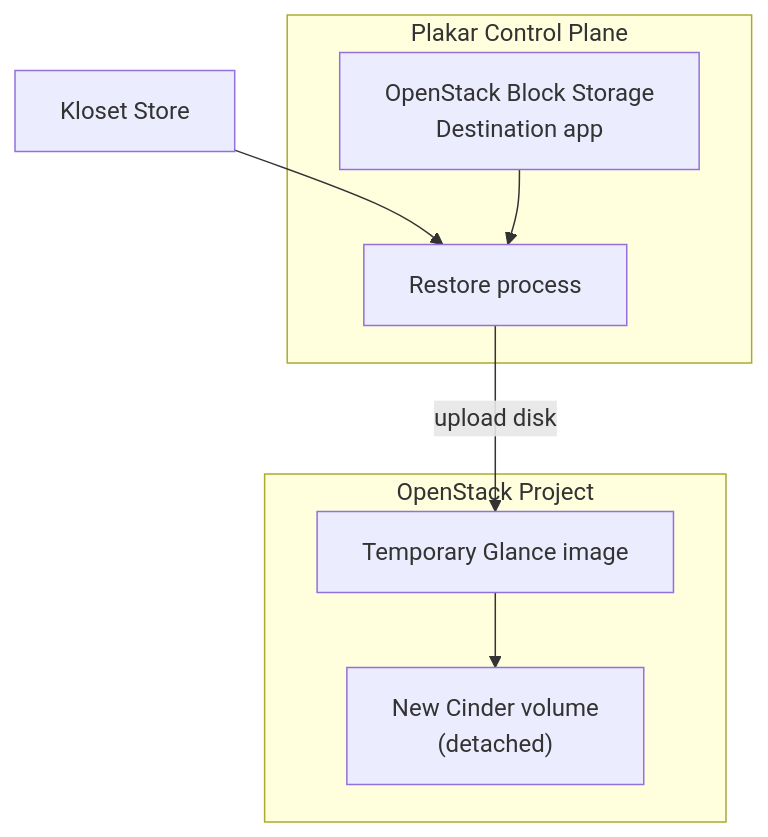
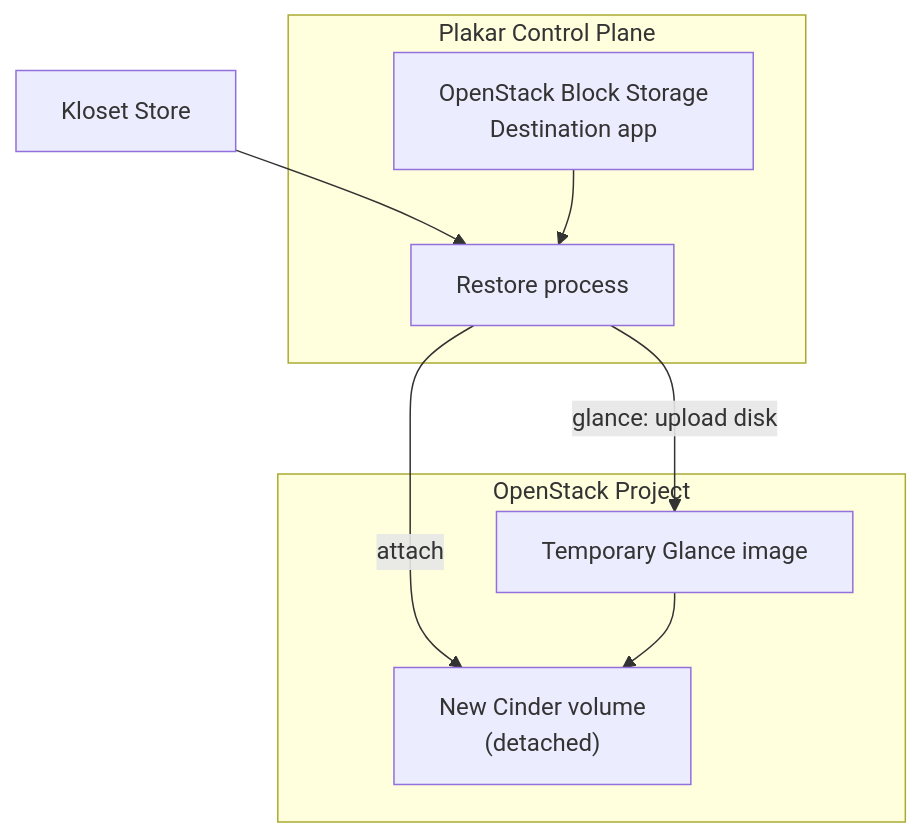
The second of 2 diagrams in content/docs/control-plane/resources/block-storage/openstack.md (PlakarKorp/plakar.io), drawn with Mermaid before and after one commit. The commit also changed other lines of this file and 1 other file, not shown here.

```diff
--- a/content/docs/control-plane/resources/block-storage/openstack.md
+++ b/content/docs/control-plane/resources/block-storage/openstack.md
@@ -81,19 +83,20 @@
 {{< mermaid >}}
 flowchart TD
   Store["Kloset Store"]
 
   subgraph Plakar["Plakar Control Plane"]
     Destination["OpenStack Block Storage<br/>Destination app"]
     Restore["Restore process"]
   end
 
   subgraph OpenStack["OpenStack Project"]
     Image["Temporary Glance image"]
     Volume["New Cinder volume<br/>(detached)"]
   end
 
   Store --> Restore
   Destination --> Restore
-  Restore -->|"upload disk"| Image
+  Restore -->|"attach"| Volume
+  Restore -->|"glance: upload disk"| Image
   Image --> Volume
 {{< /mermaid >}}
```
